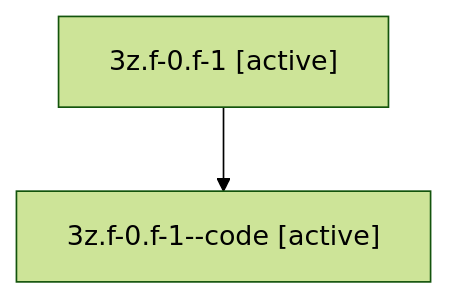
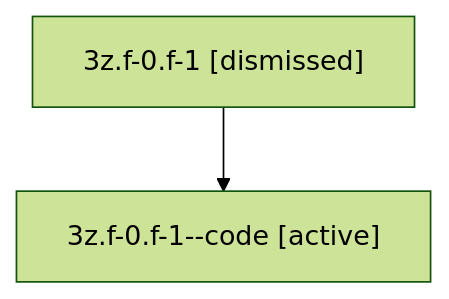
The diagram in sessions/bbugyi200.athena.3z.f-0.f-1.md (sase-org/sase--agents), drawn with Mermaid (forest theme) before and after one commit. The commit also changed other lines of this file and 57 other files, not shown here.

````diff
--- a/sessions/bbugyi200.athena.3z.f-0.f-1.md
+++ b/sessions/bbugyi200.athena.3z.f-0.f-1.md
@@ -9,6 +9,6 @@
 ```mermaid
 flowchart TD
-  n0["3z.f-0.f-1 [active]"]
+  n0["3z.f-0.f-1 [dismissed]"]
   n1["3z.f-0.f-1--code [active]"]
   n0 --> n1
 ```
````
